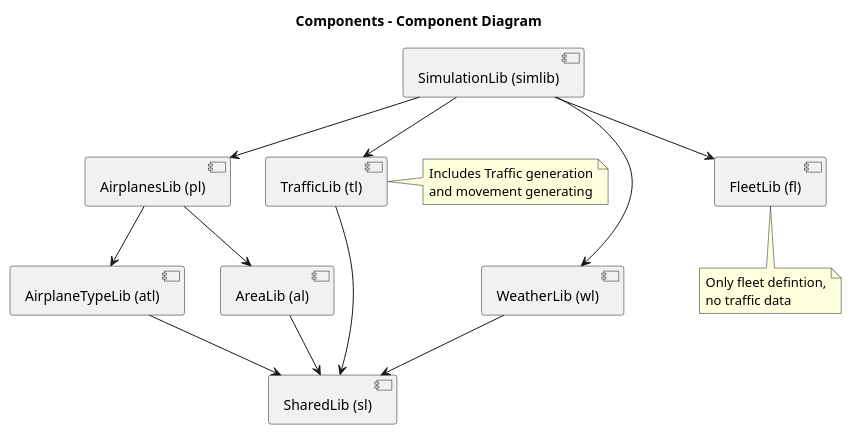
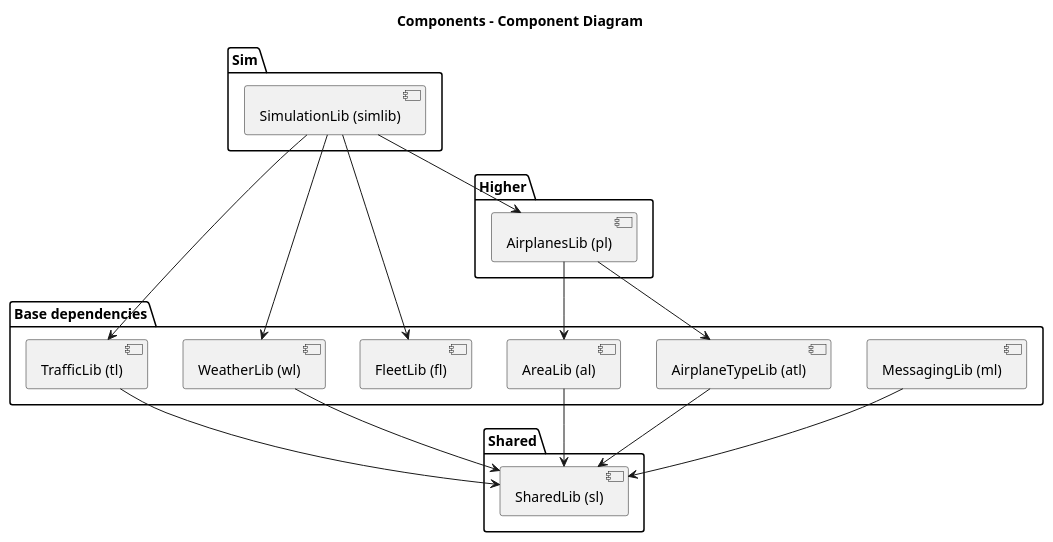
The diagram in Simulator/Backend/Modules dependencies.puml (Engin1980/J-ATC-Simulator), drawn with PlantUML before and after one commit. The commit also changed 443 other files, not shown here.

Commit message:
Implementing MessagingLib + huge refactoring of namespaces.

```diff
--- a/Simulator/Backend/Modules dependencies.puml
+++ b/Simulator/Backend/Modules dependencies.puml
@@ -1,38 +1,46 @@
 @startuml
 
 title Components - Component Diagram
 
-[SharedLib (sl)] as sl
-[AreaLib (al)] as al
-[AirplanesLib (pl)] as pl
-[AirplaneTypeLib (atl)] as atl
+package Shared{
+  [SharedLib (sl)] as sl
+}
 
-[TrafficLib (tl)] as tl
-note right of tl: Includes Traffic generation\nand movement generating
+package "Base dependencies"{
+  [AreaLib (al)] as al
+  [AirplaneTypeLib (atl)] as atl
+  [TrafficLib (tl)] as tl
+  [FleetLib (fl)] as fl
+  [WeatherLib (wl)] as wl
+  [MessagingLib (ml)] as ml
+}
 
-[WeatherLib (wl)] as wl
-[SimulationLib (simlib)] as simlib
+package "Higher"{
+  [AirplanesLib (pl)] as pl
+}
 
-[FleetLib (fl)] as fl
-note bottom of fl : Only fleet defintion,\nno traffic data
+package "Sim"{
+  [SimulationLib (simlib)] as simlib
+}
 
 sl <-up- wl
 sl <-up- al
 sl <-up- atl
 sl <-up- tl
+sl <-up- ml
 
 atl <-up- pl
 
 al <-up- pl
 
 pl <-up-simlib
 
 tl <-up- simlib
 
 wl <-up- simlib
 
 fl <-up- simlib
 
 
 
 @enduml
```
